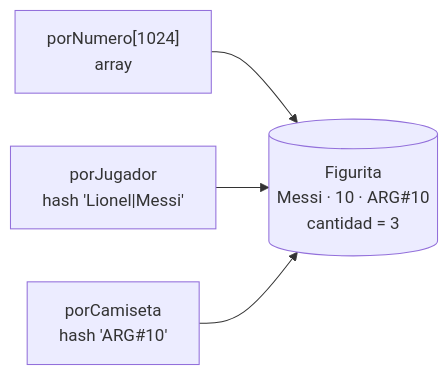
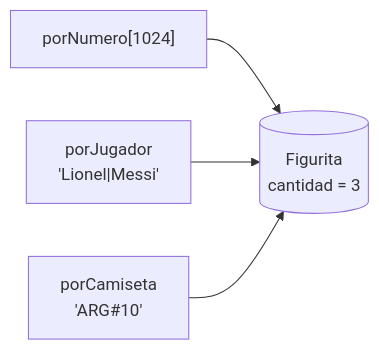
The fourth of 4 diagrams in slides.md (BRJoaquin/A2-presentaciones-07-MultiEstructuras), drawn with Mermaid before and after one commit. The commit also changed other lines of this file and 15 other files, not shown here.

````diff
--- a/slides.md
+++ b/slides.md
@@ -783,6 +506,6 @@
 ```mermaid
 flowchart LR
-  N["porNumero[1024]<br/>array"] --> F[("Figurita<br/>Messi · 10 · ARG#10<br/>cantidad = 3")]
-  J["porJugador<br/>hash 'Lionel|Messi'"] --> F
-  C["porCamiseta<br/>hash 'ARG#10'"] --> F
+  N["porNumero[1024]"] --> F[("Figurita<br/>cantidad = 3")]
+  J["porJugador<br/>'Lionel|Messi'"] --> F
+  C["porCamiseta<br/>'ARG#10'"] --> F
 ```
````
